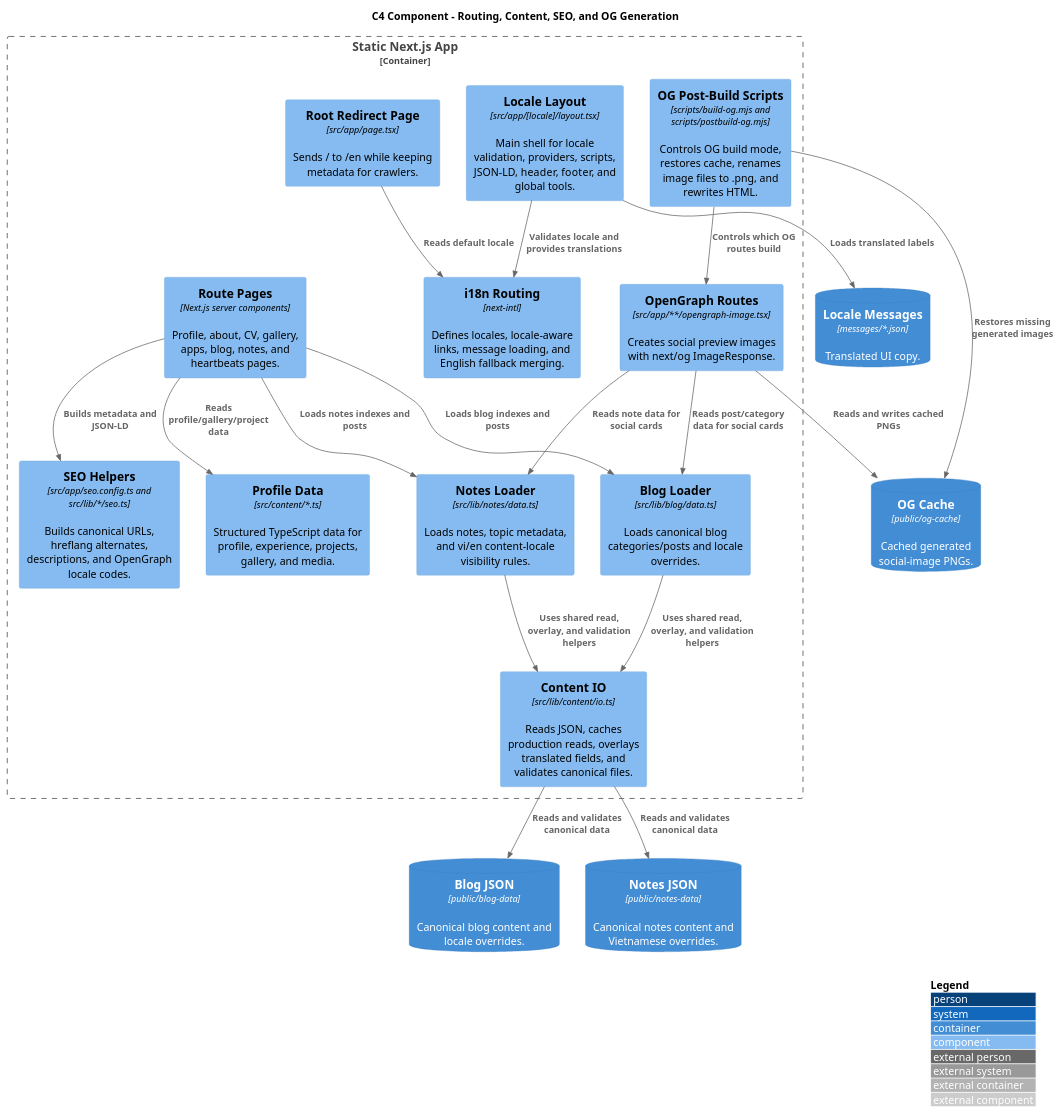
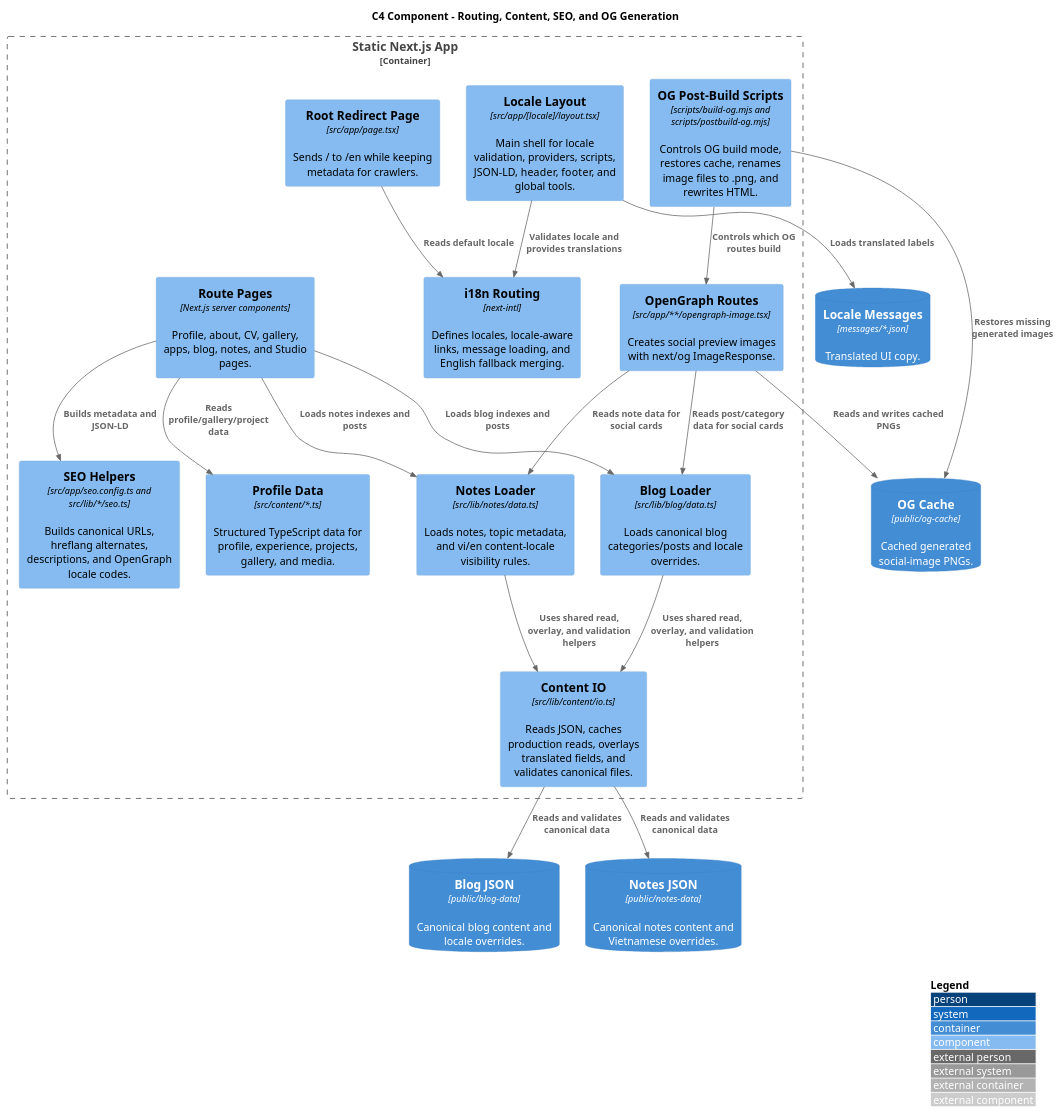
Before and after one commit to nguyenlephong/nguyenlephong.github.io: the diagram in docs/diagrams/c4-component-content.puml, drawn with PlantUML. The commit also changed 12 other files, not shown here.

```diff
--- a/docs/diagrams/c4-component-content.puml
+++ b/docs/diagrams/c4-component-content.puml
@@ -1,44 +1,44 @@
 @startuml c4_component_content
 !include https://raw.githubusercontent.com/plantuml-stdlib/C4-PlantUML/master/C4_Component.puml
 
 LAYOUT_WITH_LEGEND()
 
 title C4 Component - Routing, Content, SEO, and OG Generation
 
 Container_Boundary(app, "Static Next.js App") {
   Component(root_page, "Root Redirect Page", "src/app/page.tsx", "Sends / to /en while keeping metadata for crawlers.")
   Component(locale_layout, "Locale Layout", "src/app/[locale]/layout.tsx", "Main shell for locale validation, providers, scripts, JSON-LD, header, footer, and global tools.")
-  Component(route_pages, "Route Pages", "Next.js server components", "Profile, about, CV, gallery, apps, blog, notes, and heartbeats pages.")
+  Component(route_pages, "Route Pages", "Next.js server components", "Profile, about, CV, gallery, apps, blog, notes, and Studio pages.")
   Component(i18n, "i18n Routing", "next-intl", "Defines locales, locale-aware links, message loading, and English fallback merging.")
   Component(content_io, "Content IO", "src/lib/content/io.ts", "Reads JSON, caches production reads, overlays translated fields, and validates canonical files.")
   Component(blog_loader, "Blog Loader", "src/lib/blog/data.ts", "Loads canonical blog categories/posts and locale overrides.")
   Component(notes_loader, "Notes Loader", "src/lib/notes/data.ts", "Loads notes, topic metadata, and vi/en content-locale visibility rules.")
   Component(profile_data, "Profile Data", "src/content/*.ts", "Structured TypeScript data for profile, experience, projects, gallery, and media.")
   Component(seo_helpers, "SEO Helpers", "src/app/seo.config.ts and src/lib/*/seo.ts", "Builds canonical URLs, hreflang alternates, descriptions, and OpenGraph locale codes.")
   Component(og_routes, "OpenGraph Routes", "src/app/**/opengraph-image.tsx", "Creates social preview images with next/og ImageResponse.")
   Component(og_scripts, "OG Post-Build Scripts", "scripts/build-og.mjs and scripts/postbuild-og.mjs", "Controls OG build mode, restores cache, renames image files to .png, and rewrites HTML.")
 }
 
 ContainerDb(messages, "Locale Messages", "messages/*.json", "Translated UI copy.")
 ContainerDb(blog_json, "Blog JSON", "public/blog-data", "Canonical blog content and locale overrides.")
 ContainerDb(notes_json, "Notes JSON", "public/notes-data", "Canonical notes content and Vietnamese overrides.")
 ContainerDb(og_cache, "OG Cache", "public/og-cache", "Cached generated social-image PNGs.")
 
 Rel(root_page, i18n, "Reads default locale")
 Rel(locale_layout, i18n, "Validates locale and provides translations")
 Rel(locale_layout, messages, "Loads translated labels")
 Rel(route_pages, blog_loader, "Loads blog indexes and posts")
 Rel(route_pages, notes_loader, "Loads notes indexes and posts")
 Rel(route_pages, profile_data, "Reads profile/gallery/project data")
 Rel(route_pages, seo_helpers, "Builds metadata and JSON-LD")
 Rel(blog_loader, content_io, "Uses shared read, overlay, and validation helpers")
 Rel(notes_loader, content_io, "Uses shared read, overlay, and validation helpers")
 Rel(content_io, blog_json, "Reads and validates canonical data")
 Rel(content_io, notes_json, "Reads and validates canonical data")
 Rel(og_routes, blog_loader, "Reads post/category data for social cards")
 Rel(og_routes, notes_loader, "Reads note data for social cards")
 Rel(og_routes, og_cache, "Reads and writes cached PNGs")
 Rel(og_scripts, og_routes, "Controls which OG routes build")
 Rel(og_scripts, og_cache, "Restores missing generated images")
 
 @enduml
```
